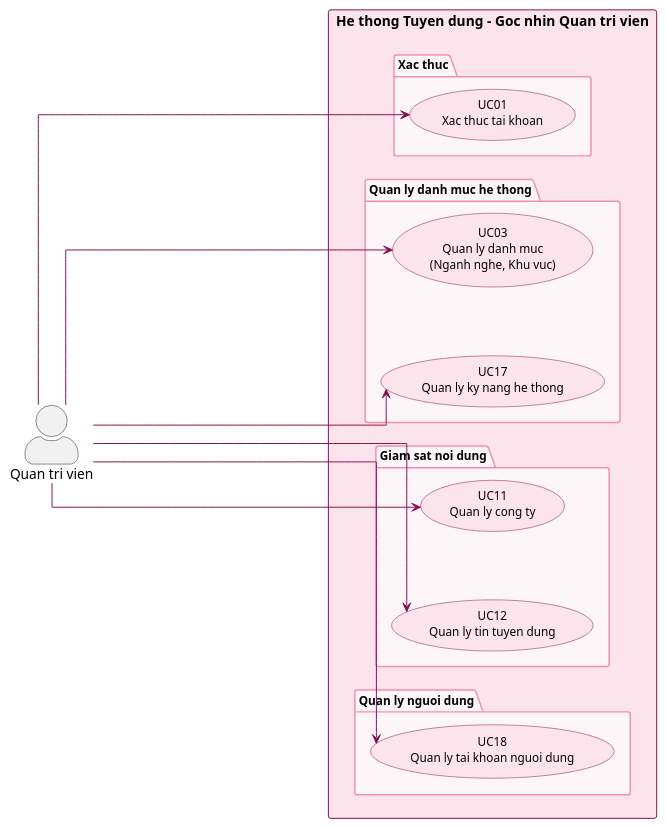
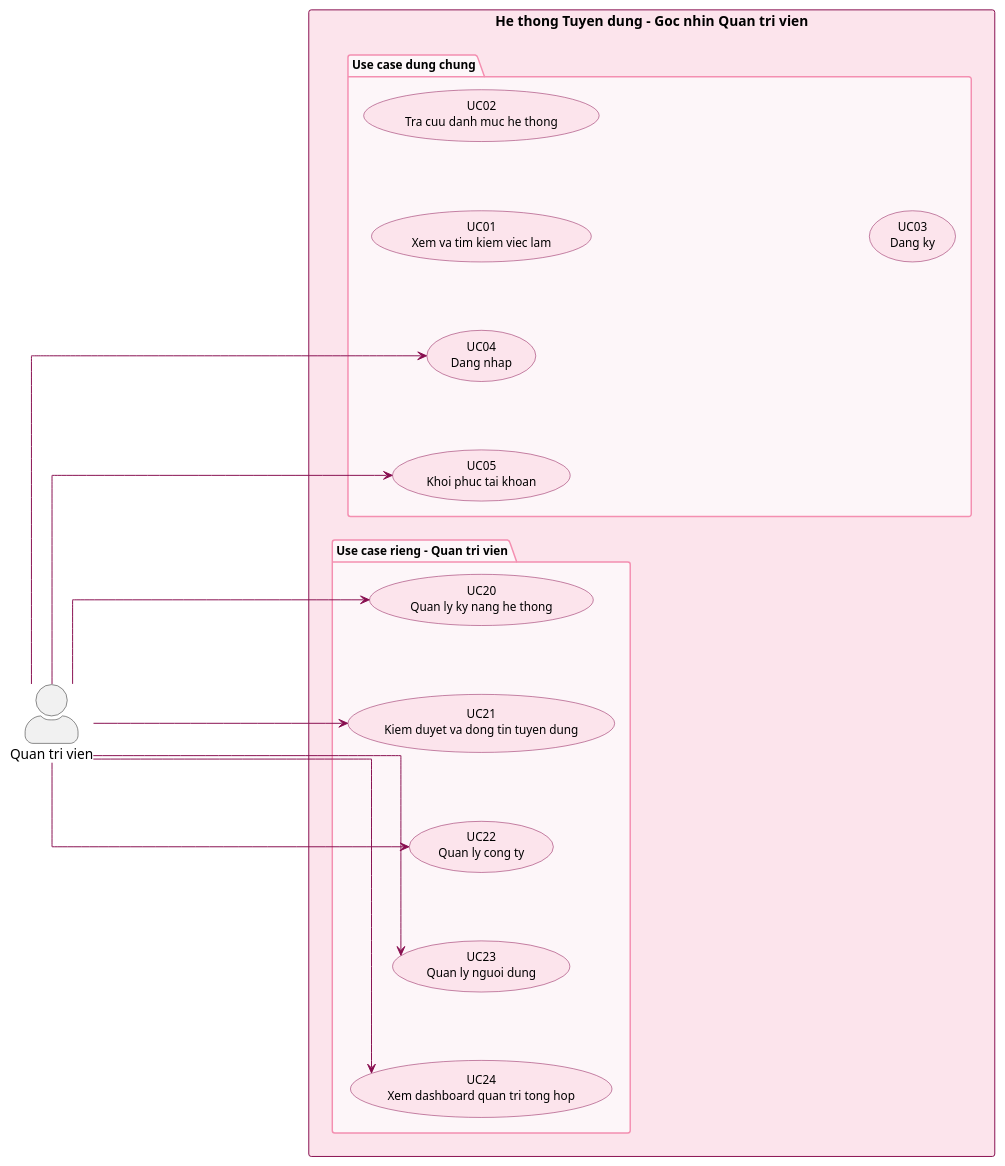
Before and after one commit to Ancuyou/Recruitment-Center-Website: the diagram in uml/UseCase/QuanTriVienUseCase.puml, drawn with PlantUML. The commit also changed 74 other files, not shown here.

Commit message:
Cap nhat use case diagram

```diff
--- a/uml/UseCase/QuanTriVienUseCase.puml
+++ b/uml/UseCase/QuanTriVienUseCase.puml
@@ -1,57 +1,58 @@
 @startuml UC03_Admin
 left to right direction
 skinparam actorStyle awesome
 skinparam defaultFontName Arial
 skinparam nodesep 70
-skinparam ranksep 280
+skinparam ranksep 260
 skinparam linetype ortho
 
 skinparam usecase {
   BackgroundColor #FCE4EC
   BorderColor #880E4F
   FontSize 12
 }
 skinparam package {
   BackgroundColor #FDF6F9
   BorderColor #F48FB1
   FontSize 12
   FontStyle bold
   Padding 18
 }
 skinparam rectangle {
   BackgroundColor #FCE4EC
   BorderColor #880E4F
   FontSize 14
   FontStyle bold
 }
 
 actor "Quan tri vien" as ADMIN
 
 rectangle "He thong Tuyen dung - Goc nhin Quan tri vien" {
 
-  package "Xac thuc" {
-    usecase "UC01\nXac thuc tai khoan"                     as UC01
+  package "Use case dung chung" {
+    usecase "UC01\nXem va tim kiem viec lam"          as UC01
+    usecase "UC02\nTra cuu danh muc he thong"         as UC02
+    usecase "UC03\nDang ky"                           as UC03
+    usecase "UC04\nDang nhap"                         as UC04
+    usecase "UC05\nKhoi phuc tai khoan"               as UC05
   }
 
-  package "Quan ly danh muc he thong" {
-    usecase "UC03\nQuan ly danh muc\n(Nganh nghe, Khu vuc)" as UC03
-    usecase "UC17\nQuan ly ky nang he thong"               as UC17
-  }
-
-  package "Giam sat noi dung" {
-    usecase "UC11\nQuan ly cong ty"                        as UC11
-    usecase "UC12\nQuan ly tin tuyen dung"                 as UC12
-  }
-
-  package "Quan ly nguoi dung" {
-    usecase "UC18\nQuan ly tai khoan nguoi dung"           as UC18
+  package "Use case rieng - Quan tri vien" {
+    usecase "UC20\nQuan ly ky nang he thong"          as UC20
+    usecase "UC21\nKiem duyet va dong tin tuyen dung" as UC21
+    usecase "UC22\nQuan ly cong ty"                   as UC22
+    usecase "UC23\nQuan ly nguoi dung"                as UC23
+    usecase "UC24\nXem dashboard quan tri tong hop"  as UC24
   }
 }
 
-ADMIN -[#880E4F]-> UC01
-ADMIN -[#880E4F]-> UC03
-ADMIN -[#880E4F]-> UC17
-ADMIN -[#880E4F]-> UC11
-ADMIN -[#880E4F]-> UC12
-ADMIN -[#880E4F]-> UC18
+' Admin chi lien ket Dang nhap + Khoi phuc tai khoan o nhom dung chung
+ADMIN -[#880E4F]-> UC04
+ADMIN -[#880E4F]-> UC05
+ADMIN -[#880E4F]-> UC20
+ADMIN -[#880E4F]-> UC21
+ADMIN -[#880E4F]-> UC22
+ADMIN -[#880E4F]-> UC23
+ADMIN -[#880E4F]-> UC24
+
 @enduml
```
